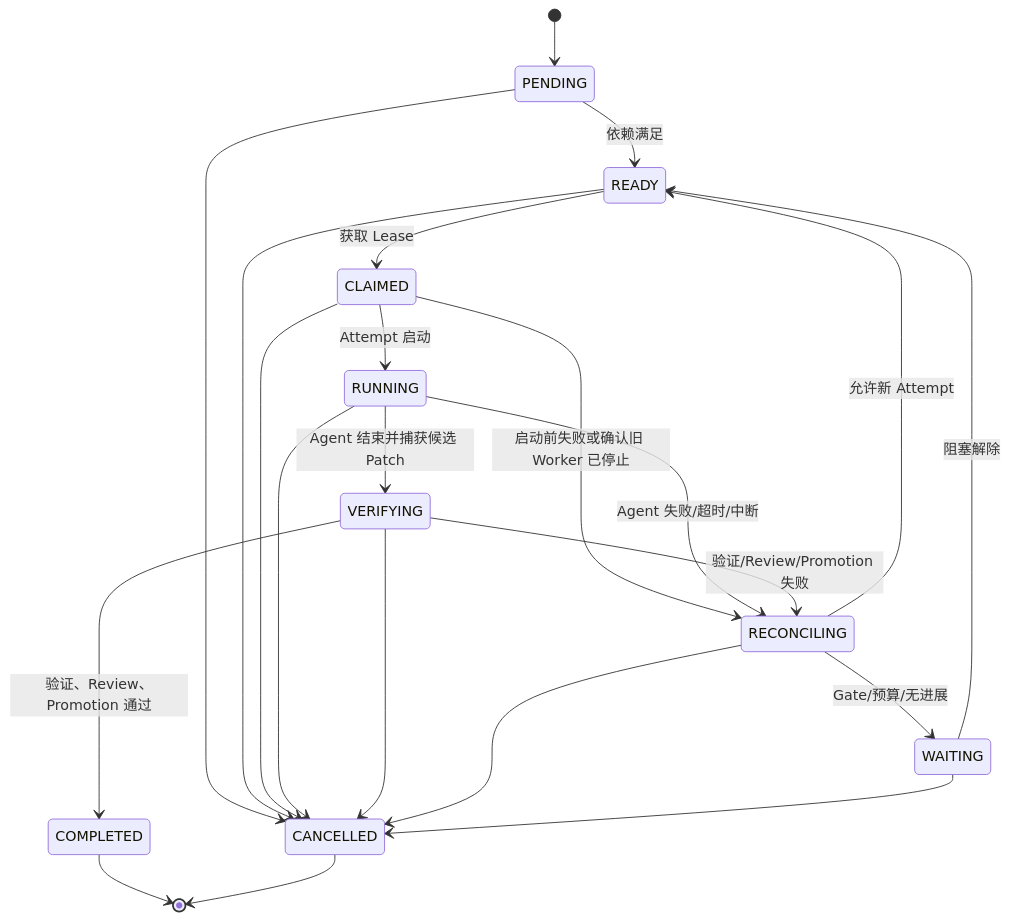
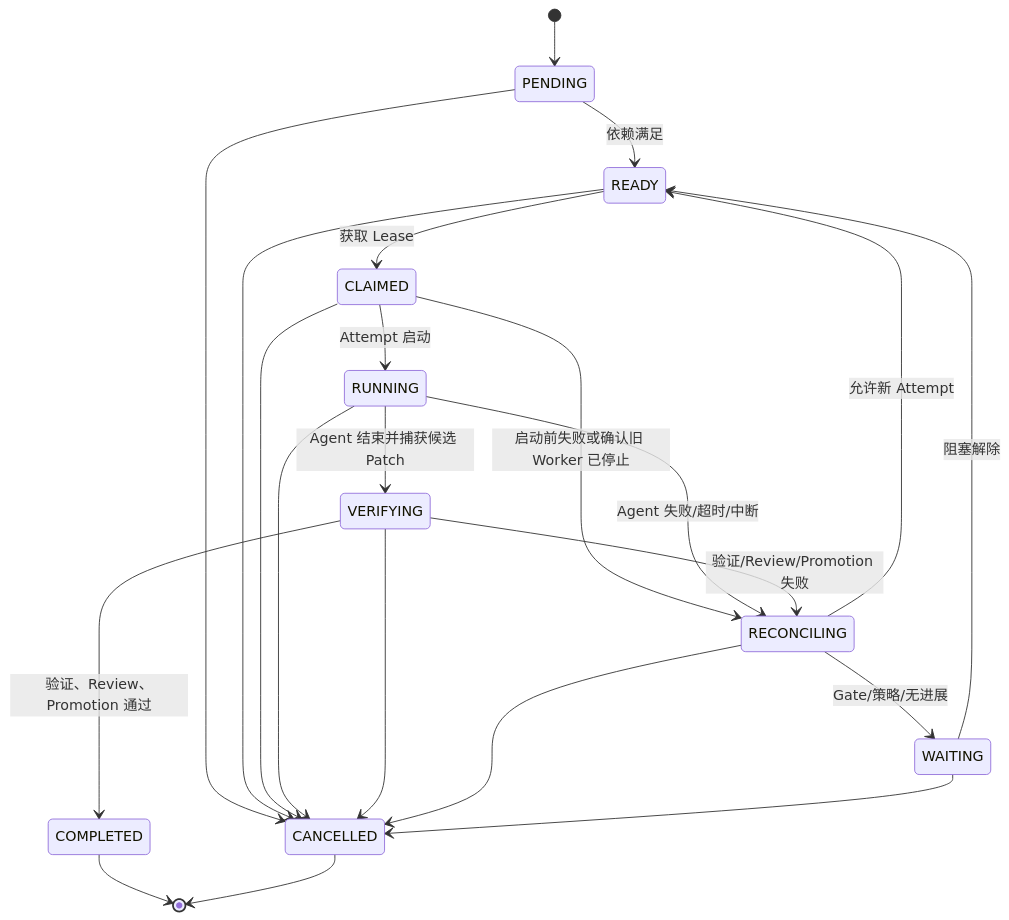
One commit to monshunter/xgoal changed the third of 3 diagrams in xgoal-technical-spec-v0.1.md. Above: the diagram before and after it, drawn with Mermaid. The commit also changed other lines of this file and 163 other files, not shown here.

````diff
--- a/xgoal-technical-spec-v0.1.md
+++ b/xgoal-technical-spec-v0.1.md
@@ -463,24 +461,24 @@
 ```mermaid
 stateDiagram-v2
     [*] --> PENDING
     PENDING --> READY: 依赖满足
     READY --> CLAIMED: 获取 Lease
     CLAIMED --> RUNNING: Attempt 启动
     CLAIMED --> RECONCILING: 启动前失败或确认旧 Worker 已停止
     RUNNING --> VERIFYING: Agent 结束并捕获候选 Patch
     RUNNING --> RECONCILING: Agent 失败/超时/中断
     VERIFYING --> COMPLETED: 验证、Review、Promotion 通过
     VERIFYING --> RECONCILING: 验证/Review/Promotion 失败
     RECONCILING --> READY: 允许新 Attempt
-    RECONCILING --> WAITING: Gate/预算/无进展
+    RECONCILING --> WAITING: Gate/策略/无进展
     WAITING --> READY: 阻塞解除
     PENDING --> CANCELLED
     READY --> CANCELLED
     CLAIMED --> CANCELLED
     RUNNING --> CANCELLED
     VERIFYING --> CANCELLED
     RECONCILING --> CANCELLED
     WAITING --> CANCELLED
     COMPLETED --> [*]
     CANCELLED --> [*]
 ```
````
